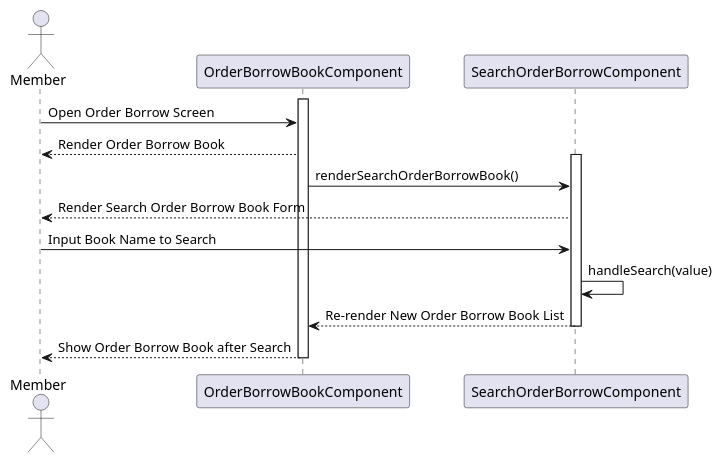
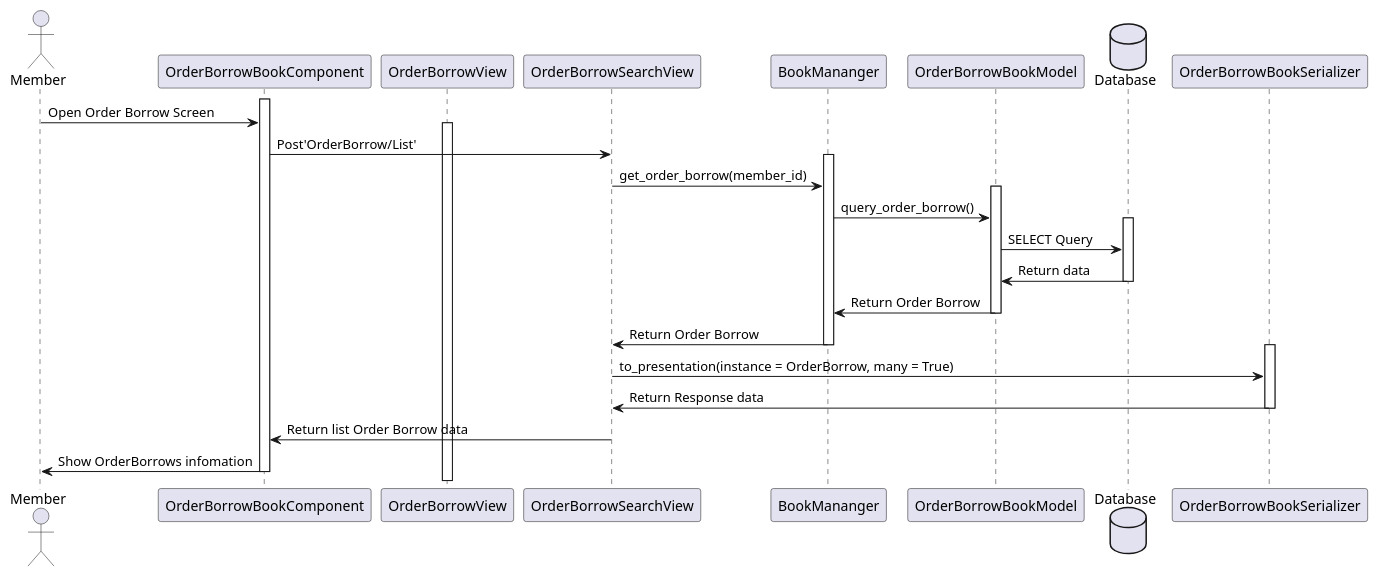
One commit to ljttl3q04t/Book-Over-There changed the diagram in uml/019-sequence-search-order-borrow-book.wsd. Above: the diagram before and after it, drawn with PlantUML. The commit also changed 3 other files, not shown here.

Commit message:
update sequence

```diff
--- a/uml/019-sequence-search-order-borrow-book.wsd
+++ b/uml/019-sequence-search-order-borrow-book.wsd
@@ -1,15 +1,29 @@
 @startuml
 actor Member
 activate OrderBorrowBookComponent
 Member -> OrderBorrowBookComponent: Open Order Borrow Screen
-OrderBorrowBookComponent --> Member: Render Order Borrow Book
-activate SearchOrderBorrowComponent
-OrderBorrowBookComponent -> SearchOrderBorrowComponent: renderSearchOrderBorrowBook()
-SearchOrderBorrowComponent --> Member: Render Search Order Borrow Book Form
-Member -> SearchOrderBorrowComponent: Input Book Name to Search
-SearchOrderBorrowComponent -> SearchOrderBorrowComponent: handleSearch(value)
-SearchOrderBorrowComponent --> OrderBorrowBookComponent: Re-render New Order Borrow Book List
-deactivate SearchOrderBorrowComponent
-OrderBorrowBookComponent --> Member: Show Order Borrow Book after Search 
+activate OrderBorrowView
+
+OrderBorrowBookComponent -> OrderBorrowSearchView: Post'OrderBorrow/List'
+activate BookMananger
+OrderBorrowSearchView -> BookMananger: get_order_borrow(member_id)
+activate OrderBorrowBookModel
+BookMananger -> OrderBorrowBookModel: query_order_borrow()
+database Database 
+activate Database
+OrderBorrowBookModel -> Database: SELECT Query
+Database -> OrderBorrowBookModel: Return data
+deactivate Database
+OrderBorrowBookModel -> BookMananger: Return Order Borrow
+deactivate OrderBorrowBookModel
+BookMananger -> OrderBorrowSearchView: Return Order Borrow
+deactivate BookMananger
+activate OrderBorrowBookSerializer
+OrderBorrowSearchView -> OrderBorrowBookSerializer: to_presentation(instance = OrderBorrow, many = True)
+OrderBorrowBookSerializer -> OrderBorrowSearchView: Return Response data
+deactivate OrderBorrowBookSerializer
+OrderBorrowSearchView -> OrderBorrowBookComponent: Return list Order Borrow data
+
+OrderBorrowBookComponent -> Member: Show OrderBorrows infomation
 deactivate OrderBorrowBookComponent
 @enduml
```
